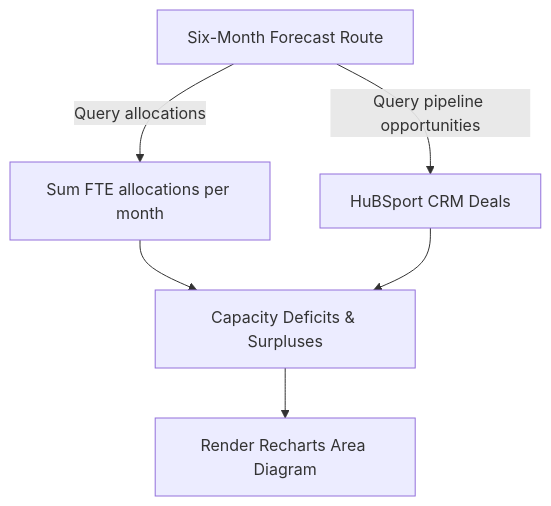
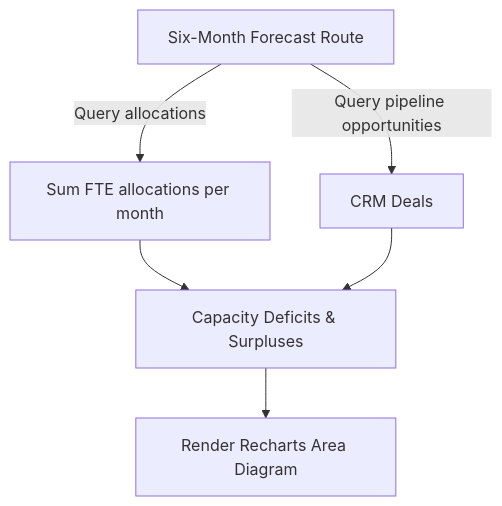
One commit to suryapratap04-jman/npc changed the fourth of 7 diagrams in docs/02_System_Architecture.md. Above: the diagram before and after it, drawn with Mermaid. The commit also changed other lines of this file and 57 other files, not shown here.

````diff
--- a/docs/02_System_Architecture.md
+++ b/docs/02_System_Architecture.md
@@ -57,7 +52,7 @@
 ```mermaid
 graph TD
     sixMonth[Six-Month Forecast Route] -->|Query allocations| SQL[Sum FTE allocations per month]
-    sixMonth -->|Query pipeline opportunities| CRM[HuBSport CRM Deals]
+    sixMonth -->|Query pipeline opportunities| CRM[CRM Deals]
     SQL & CRM --> Compute[Capacity Deficits & Surpluses]
     Compute --> Charts[Render Recharts Area Diagram]
 ```
````
